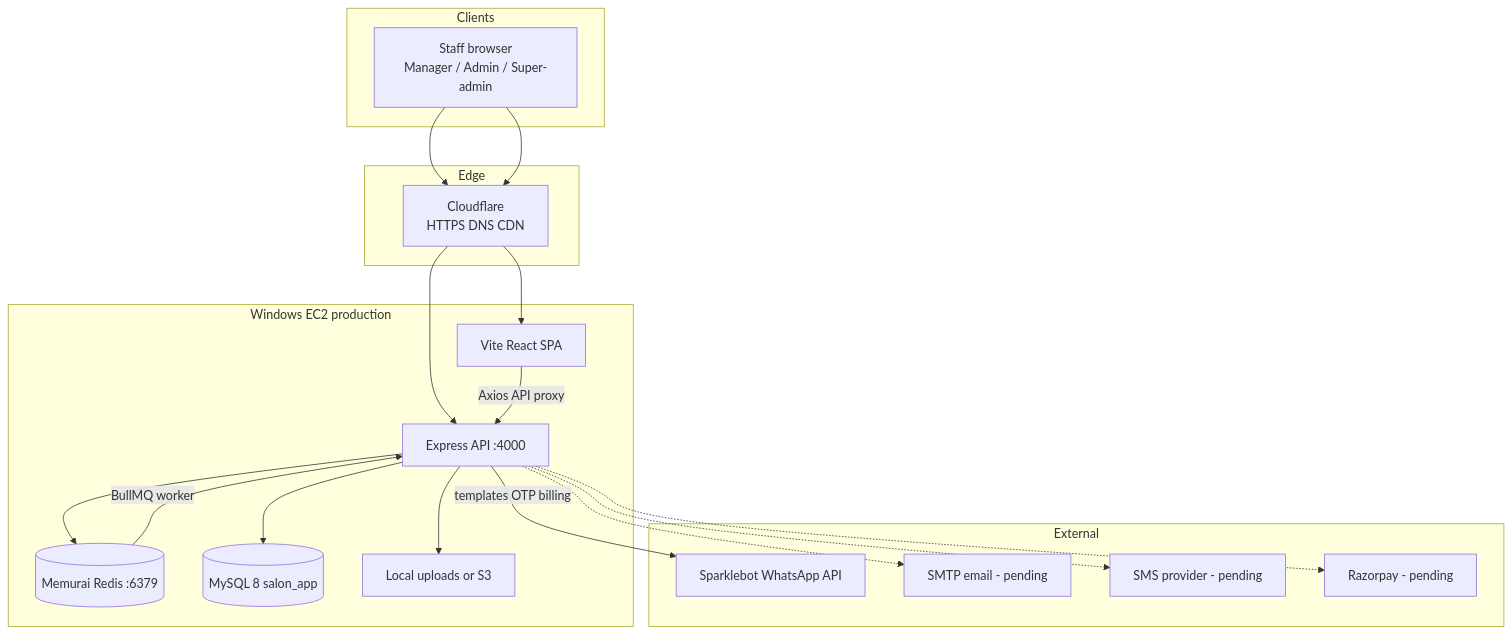
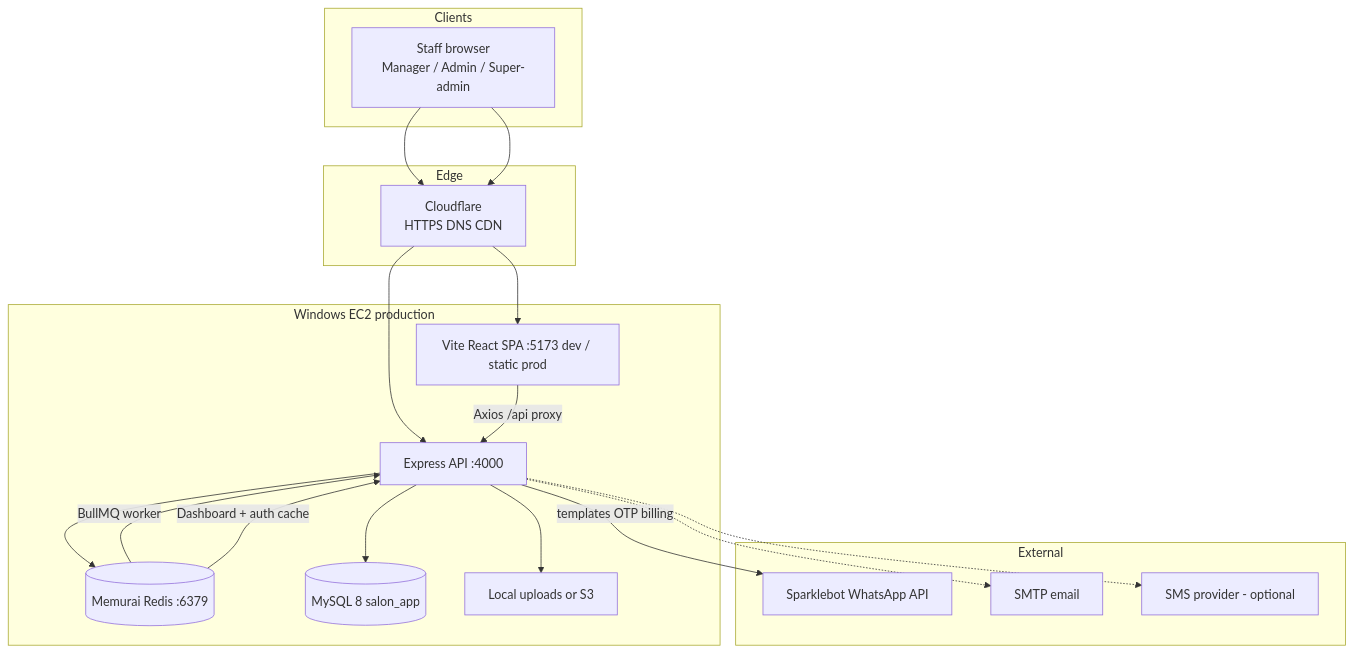
One commit to MetaForge-IT/BillVyapp-Production changed the first of 9 diagrams in ARCHITECTURE.md. Above: the diagram before and after it, drawn with Mermaid. The commit also changed other lines of this file and 119 other files, not shown here.

````diff
--- a/ARCHITECTURE.md
+++ b/ARCHITECTURE.md
@@ -48,37 +57,36 @@
 ```mermaid
 flowchart TB
   subgraph Clients
     Browser["Staff browser<br/>Manager / Admin / Super-admin"]
   end
 
   subgraph Edge
     CF["Cloudflare<br/>HTTPS DNS CDN"]
   end
 
   subgraph AppHost["Windows EC2 production"]
-    FE["Vite React SPA"]
+    FE["Vite React SPA :5173 dev / static prod"]
     API["Express API :4000"]
     Redis[("Memurai Redis :6379")]
     MySQL[("MySQL 8 salon_app")]
     Uploads["Local uploads or S3"]
   end
 
   subgraph External
     WA["Sparklebot WhatsApp API"]
-    SMTP["SMTP email - pending"]
-    SMS["SMS provider - pending"]
-    RZ["Razorpay - pending"]
+    SMTP["SMTP email"]
+    SMS["SMS provider - optional"]
   end
 
   Browser --> CF --> FE
   Browser --> CF --> API
-  FE -->|"Axios API proxy"| API
+  FE -->|"Axios /api proxy"| API
   API --> MySQL
   API --> Redis
   API --> Uploads
   API -->|"templates OTP billing"| WA
   API -.-> SMTP
   API -.-> SMS
-  API -.-> RZ
   Redis -->|"BullMQ worker"| API
+  Redis -->|"Dashboard + auth cache"| API
 ```
````
